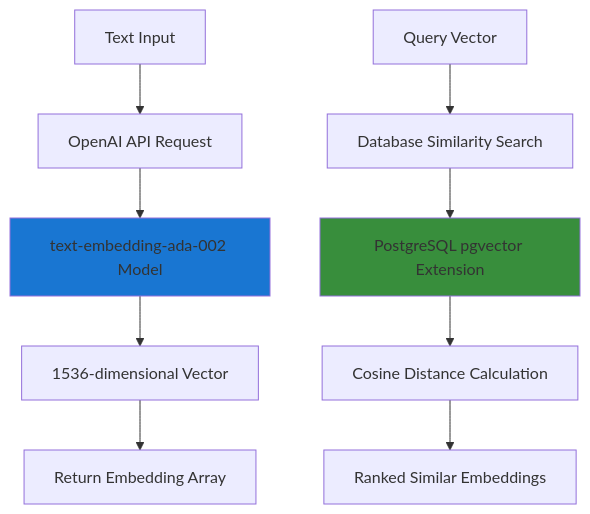
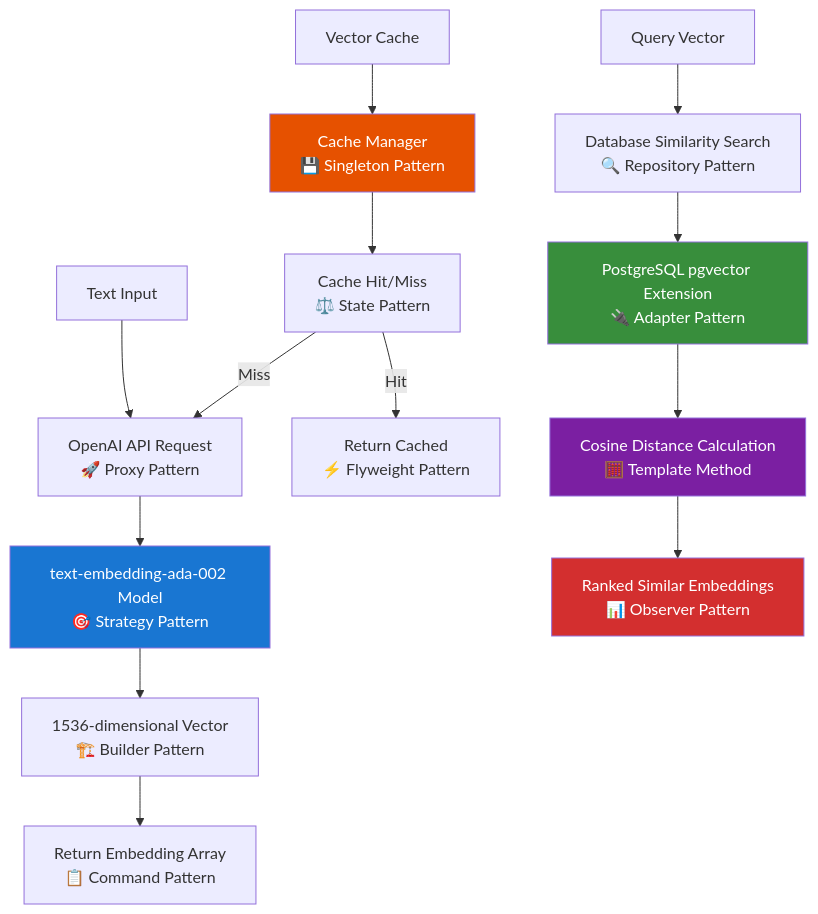
Before and after one commit to rlynjb/adventurecue: the diagram in docs/services/embedding.md, drawn with Mermaid. The commit also changed other lines of this file and 3 other files, not shown here.

````diff
--- a/docs/services/embedding.md
+++ b/docs/services/embedding.md
@@ -45,15 +46,23 @@
 ```mermaid
 graph TD
-    A[Text Input] --> B[OpenAI API Request]
-    B --> C[text-embedding-ada-002 Model]
-    C --> D[1536-dimensional Vector]
-    D --> E[Return Embedding Array]
+    A[Text Input] --> B[OpenAI API Request<br/>🚀 Proxy Pattern]
+    B --> C[text-embedding-ada-002 Model<br/>🎯 Strategy Pattern]
+    C --> D[1536-dimensional Vector<br/>🏗️ Builder Pattern]
+    D --> E[Return Embedding Array<br/>📋 Command Pattern]
 
-    F[Query Vector] --> G[Database Similarity Search]
-    G --> H[PostgreSQL pgvector Extension]
-    H --> I[Cosine Distance Calculation]
-    I --> J[Ranked Similar Embeddings]
+    F[Query Vector] --> G[Database Similarity Search<br/>🔍 Repository Pattern]
+    G --> H[PostgreSQL pgvector Extension<br/>🔌 Adapter Pattern]
+    H --> I[Cosine Distance Calculation<br/>🧮 Template Method]
+    I --> J[Ranked Similar Embeddings<br/>📊 Observer Pattern]
 
-    style C fill:#1976d2
-    style H fill:#388e3c
+    K[Vector Cache] --> L[Cache Manager<br/>💾 Singleton Pattern]
+    L --> M[Cache Hit/Miss<br/>⚖️ State Pattern]
+    M -->|Hit| N[Return Cached<br/>⚡ Flyweight Pattern]
+    M -->|Miss| B
+
+    style C fill:#1976d2,color:#fff
+    style H fill:#388e3c,color:#fff
+    style L fill:#e65100,color:#fff
+    style I fill:#7b1fa2,color:#fff
+    style J fill:#d32f2f,color:#fff
 ```
````
